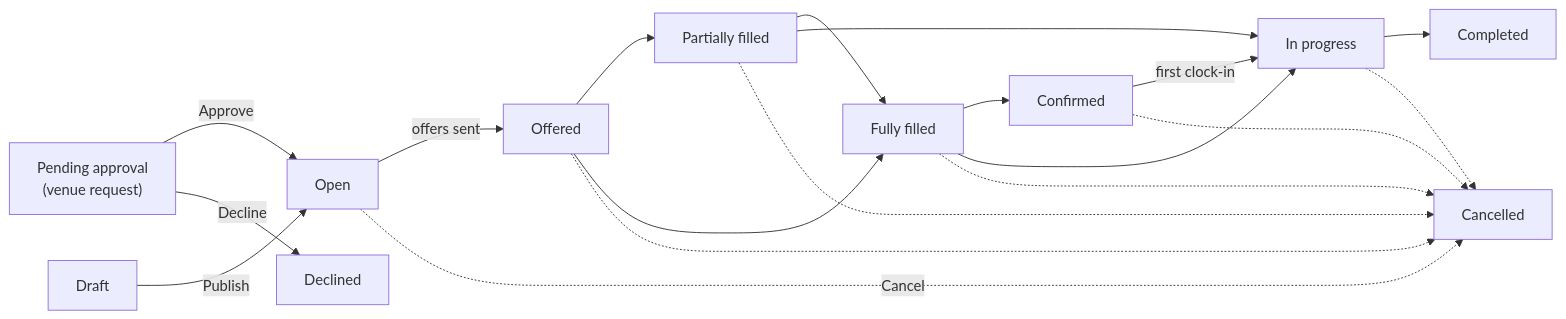
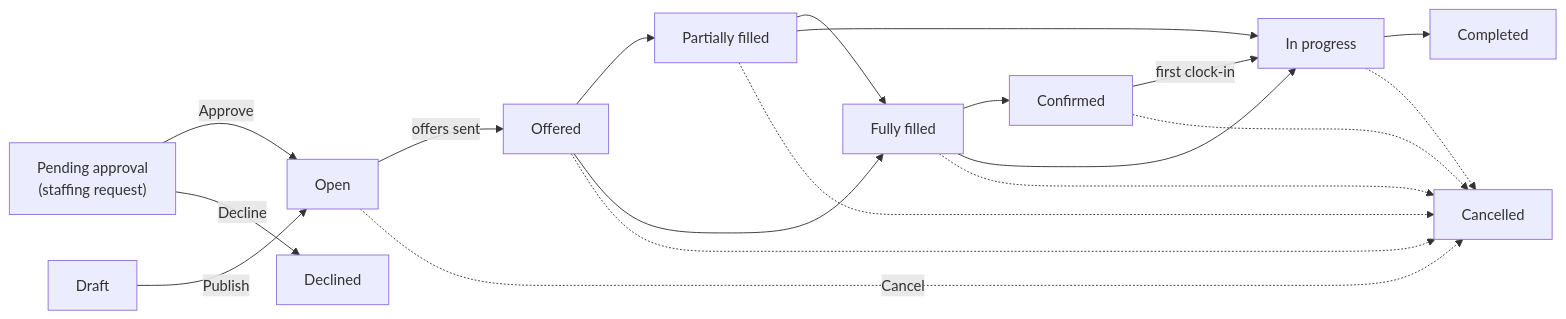
One commit to Rabblo06/rab-recurit changed the first of 2 diagrams in packages/rab-docs/shifts/overview.mdx. Above: the diagram before and after it, drawn with Mermaid. The commit also changed other lines of this file and 213 other files, not shown here.

````diff
--- a/packages/rab-docs/shifts/overview.mdx
+++ b/packages/rab-docs/shifts/overview.mdx
@@ -21,21 +35,21 @@
 ```mermaid
 flowchart LR
-    REQ["Pending approval<br/>(venue request)"] -->|Approve| OPEN
+    REQ["Pending approval<br/>(staffing request)"] -->|Approve| OPEN
     REQ -->|Decline| DEC["Declined"]
     DRAFT["Draft"] -->|Publish| OPEN["Open"]
     OPEN -->|offers sent| OFF["Offered"]
     OFF --> PART["Partially filled"]
     OFF --> FULL["Fully filled"]
     PART --> FULL
     FULL --> CONF["Confirmed"]
     PART --> PROG["In progress"]
     FULL --> PROG
     CONF -->|first clock-in| PROG
     PROG --> DONE["Completed"]
     OPEN -.->|Cancel| X["Cancelled"]
     OFF -.-> X
     PART -.-> X
     FULL -.-> X
     CONF -.-> X
     PROG -.-> X
 ```
````
